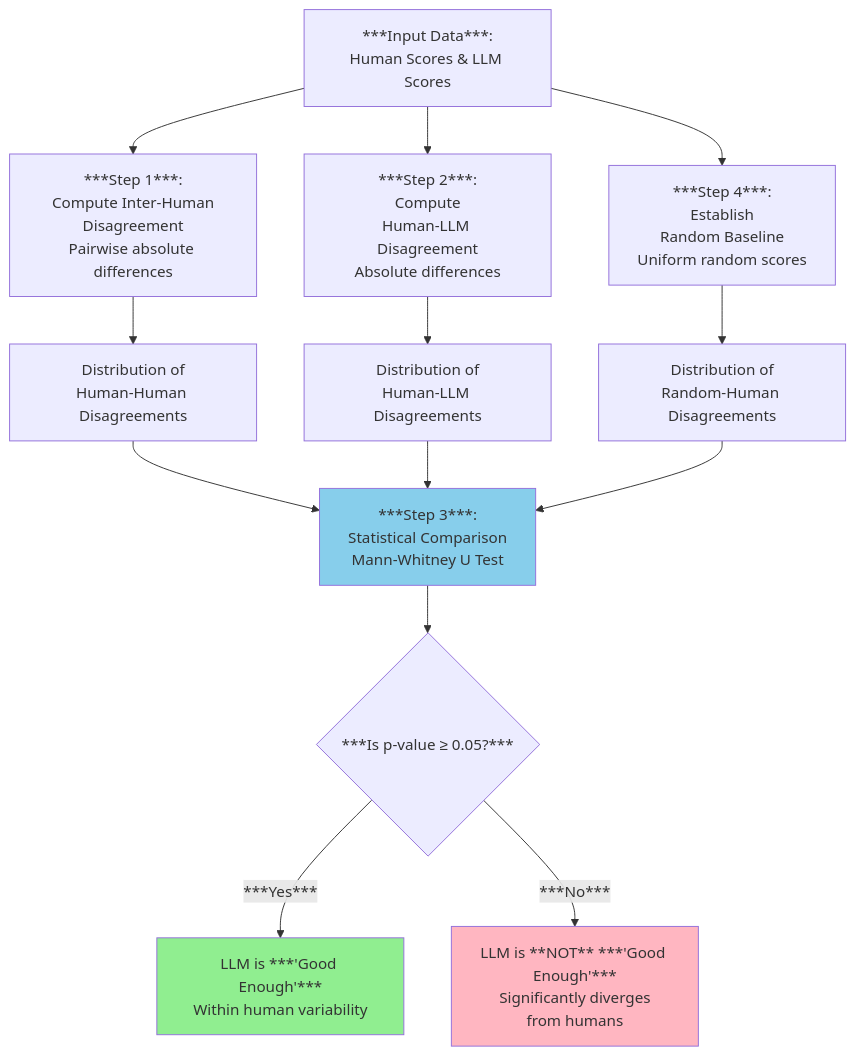
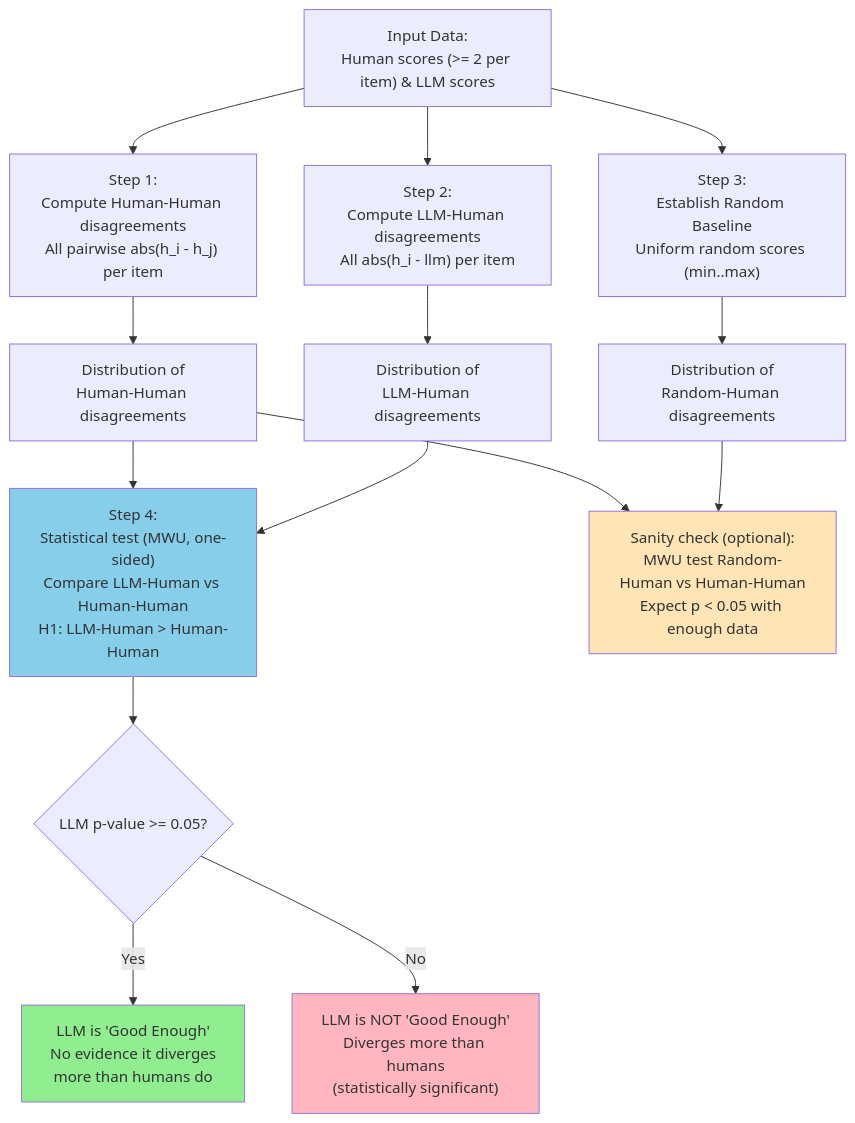
Before and after one commit to Ocean-code-1995/llm-judge-good-enough: the diagram in diagrams/mermaid/general_approach.mmd, drawn with Mermaid. The commit also changed 127 other files, not shown here.

```diff
--- a/diagrams/mermaid/general_approach.mmd
+++ b/diagrams/mermaid/general_approach.mmd
@@ -1,20 +1,24 @@
 flowchart TD
-    A[***Input Data***:<br/>Human Scores & LLM Scores] --> B[***Step 1***:<br/>Compute Inter-Human<br/>Disagreement<br/>Pairwise absolute differences]
-    A --> C[***Step 2***:<br/>Compute<br/>Human-LLM Disagreement<br/>Absolute differences]
-    A --> D[***Step 4***:<br/>Establish<br/>Random Baseline<br/>Uniform random scores]
-    
-    B --> E[Distribution of<br/>Human-Human Disagreements]
-    C --> F[Distribution of<br/>Human-LLM Disagreements]
-    D --> G[Distribution of<br/>Random-Human Disagreements]
-    
-    E --> H[***Step 3***:<br/>Statistical Comparison<br/>Mann-Whitney U Test]
-    F --> H
-    G --> H
-    
-    H --> I{***Is p-value ≥ 0.05?***}
-    I -->|***Yes***| J[LLM is ***'Good Enough'***<br/>Within human variability]
-    I -->|***No***| K[LLM is **NOT** ***'Good Enough'***<br/>Significantly diverges<br/>from humans]
-    
+    A["Input Data:<br/>Human scores (>= 2 per item) & LLM scores"] --> B["Step 1:<br/>Compute Human-Human disagreements<br/>All pairwise abs(h_i - h_j) per item"]
+    A --> C["Step 2:<br/>Compute LLM-Human disagreements<br/>All abs(h_i - llm) per item"]
+    A --> D["Step 3:<br/>Establish Random Baseline<br/>Uniform random scores (min..max)"]
+
+    B --> E["Distribution of<br/>Human-Human disagreements"]
+    C --> F["Distribution of<br/>LLM-Human disagreements"]
+    D --> G["Distribution of<br/>Random-Human disagreements"]
+
+    E --> H1["Step 4:<br/>Statistical test (MWU, one-sided)<br/>Compare LLM-Human vs Human-Human<br/>H1: LLM-Human > Human-Human"]
+    F --> H1
+
+    H1 --> I{"LLM p-value >= 0.05?"}
+    I -->|"Yes"| J["LLM is 'Good Enough'<br/>No evidence it diverges<br/>more than humans do"]
+    I -->|"No"| K["LLM is NOT 'Good Enough'<br/>Diverges more than humans<br/>(statistically significant)"]
+
+    %% Optional sanity check: random judge should be rejected with enough data
+    E --> H2["Sanity check (optional):<br/>MWU test Random-Human vs Human-Human<br/>Expect p < 0.05 with enough data"]
+    G --> H2
+
     style J fill:#90EE90
     style K fill:#FFB6C1
-    style H fill:#87CEEB
+    style H1 fill:#87CEEB
+    style H2 fill:#FFE4B5
```
